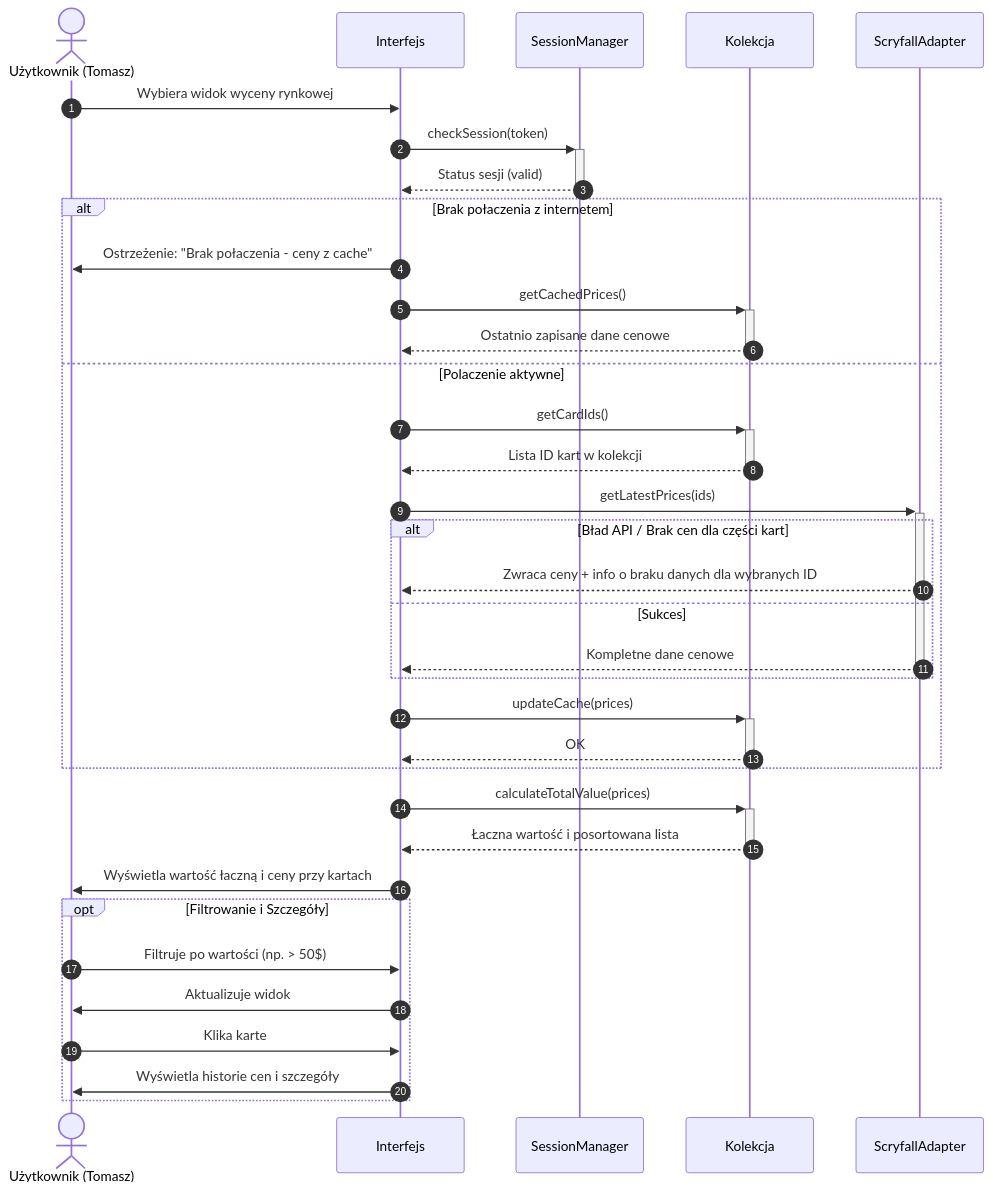
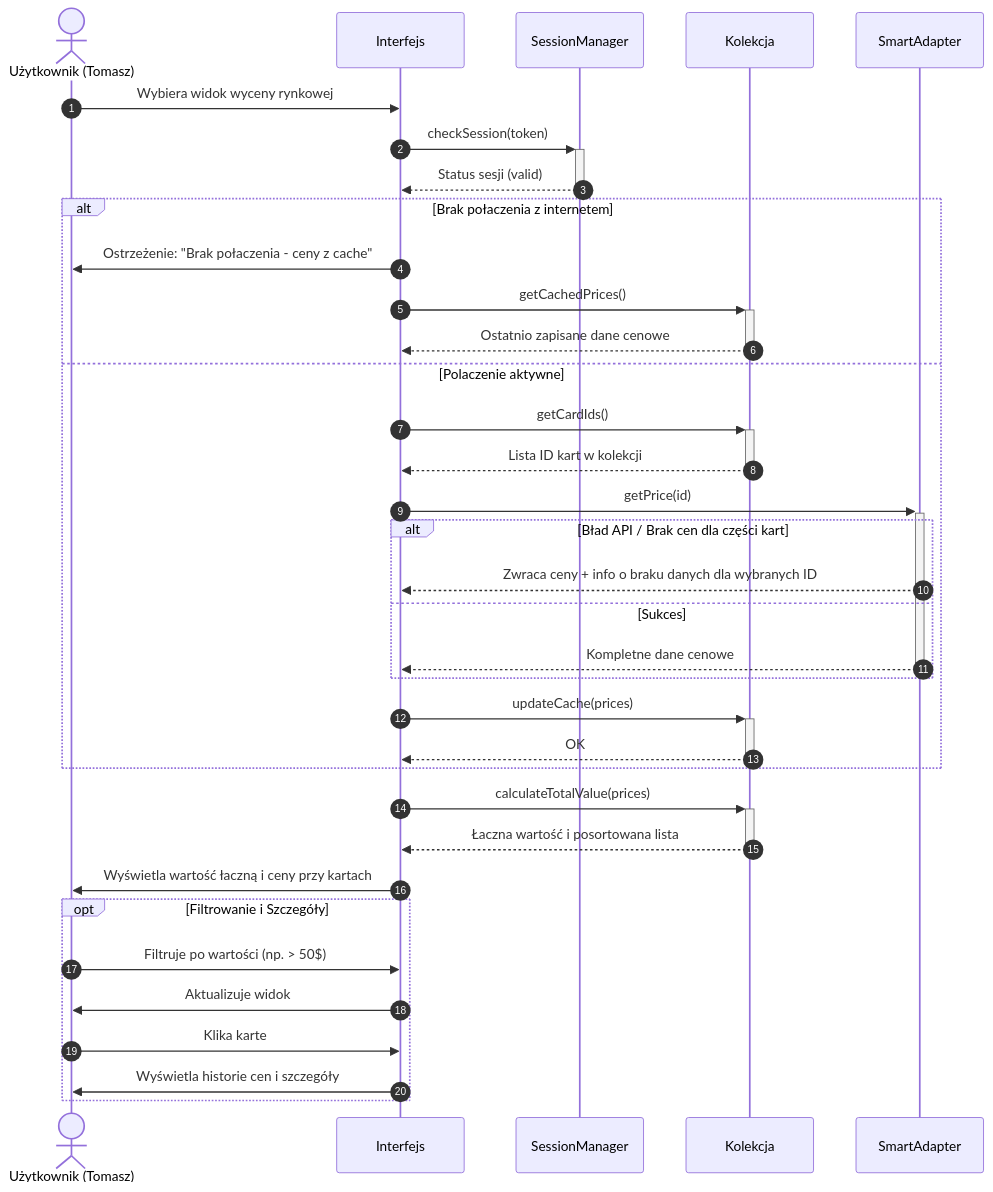
One commit to IO-2026-Pryncypalki/Grimoire_MTG changed the seventh of 7 diagrams in docs/zadanie4/diagramSekwencji.md. Above: the diagram before and after it, drawn with Mermaid. The commit also changed other lines of this file and 1 other file, not shown here.

Commit message:
Fixed sequence diagram and project description

````diff
--- a/docs/zadanie4/diagramSekwencji.md
+++ b/docs/zadanie4/diagramSekwencji.md
@@ -302,46 +307,46 @@
 ```mermaid
 sequenceDiagram
     autonumber
     actor U as Użytkownik (Tomasz)
     participant UI as Interfejs
     participant SM as SessionManager
     participant COL as Kolekcja
-    participant SA as ScryfallAdapter
+    participant SA as SmartAdapter
 
     U->>UI: Wybiera widok wyceny rynkowej
 
     UI->>+SM: checkSession(token)
     SM-->>-UI: Status sesji (valid)
 
     alt Brak połaczenia z internetem
         UI->>U: Ostrzeżenie: "Brak połaczenia - ceny z cache"
         UI->>+COL: getCachedPrices()
         COL-->>-UI: Ostatnio zapisane dane cenowe
     else Polaczenie aktywne
         UI->>+COL: getCardIds()
         COL-->>-UI: Lista ID kart w kolekcji
 
-        UI->>+SA: getLatestPrices(ids)
+        UI->>+SA: getPrice(id)
 
         alt Bład API / Brak cen dla części kart
             SA-->>UI: Zwraca ceny + info o braku danych dla wybranych ID
         else Sukces
             SA-->>-UI: Kompletne dane cenowe
         end
 
         UI->>+COL: updateCache(prices)
         COL-->>-UI: OK
     end
 
     UI->>+COL: calculateTotalValue(prices)
     COL-->>-UI: Łaczna wartość i posortowana lista
 
     UI->>U: Wyświetla wartość łaczną i ceny przy kartach
 
     opt Filtrowanie i Szczegóły
         U->>UI: Filtruje po wartości (np. > 50$)
         UI->>U: Aktualizuje widok
         U->>UI: Klika karte
         UI->>U: Wyświetla historie cen i szczegóły
     end
 ```
````
